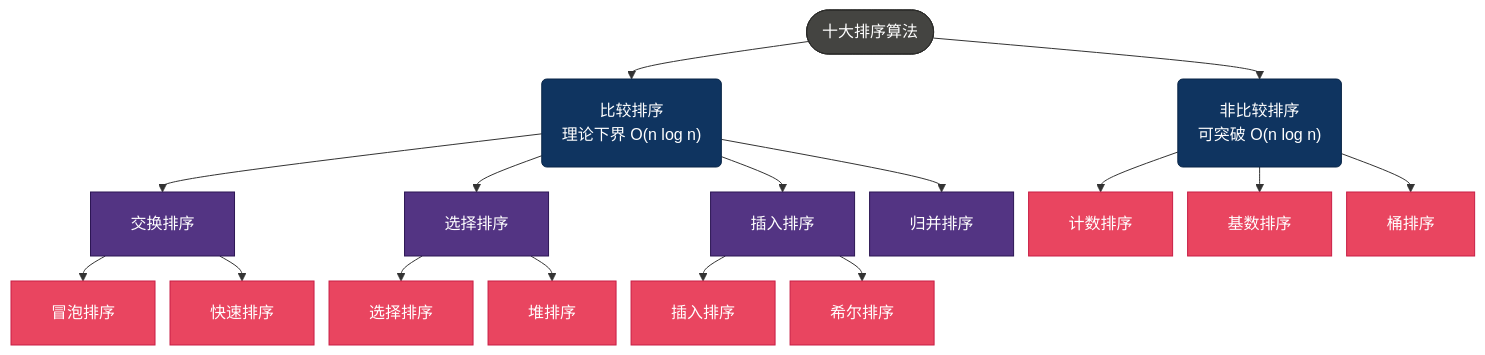
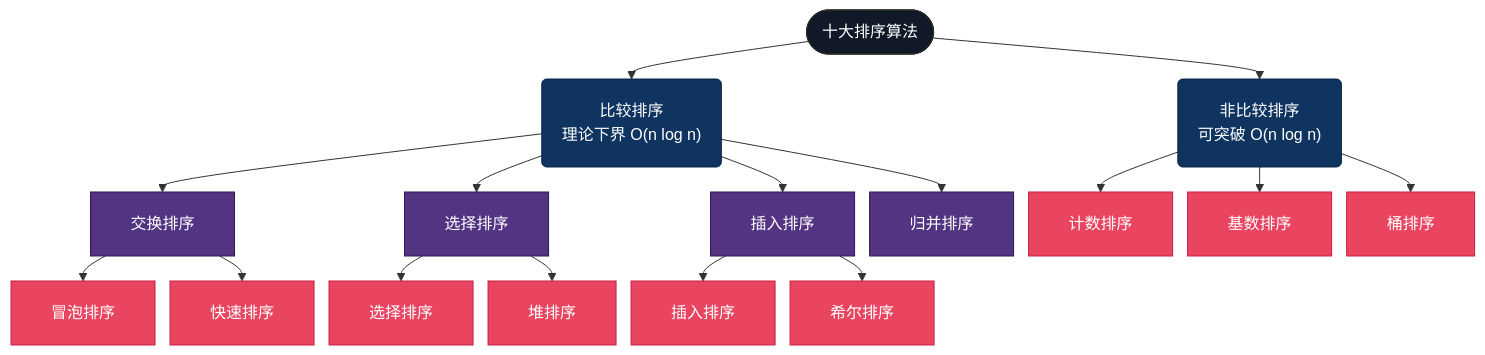
One commit to microwind/algorithms changed the second of 14 diagrams in sorting/AI-Era-Top-10-Sorting-Algorithms.md. Above: the diagram before and after it, drawn with Mermaid. The commit also changed other lines of this file and 36 other files, not shown here.

````diff
--- a/sorting/AI-Era-Top-10-Sorting-Algorithms.md
+++ b/sorting/AI-Era-Top-10-Sorting-Algorithms.md
@@ -74,33 +72,33 @@
 ```mermaid
 %%{init: {'flowchart': {'nodeSpacing': 15, 'rankSpacing': 25, 'padding': 20}}}%%
 graph TD
     ROOT(["十大排序算法"])
     ROOT --> CMP("比较排序\n理论下界 O(n log n)")
     ROOT --> NCMP("非比较排序\n可突破 O(n log n)")
 
     CMP --> SWAP["交换排序"]
     CMP --> SEL["选择排序"]
     CMP --> INS["插入排序"]
     CMP --> MRG["归并排序"]
 
     SWAP --> BUB["冒泡排序"]
     SWAP --> QCK["快速排序"]
     SEL --> SSEL["选择排序"]
     SEL --> HEAP["堆排序"]
     INS --> DINS["插入排序"]
     INS --> SHELL["希尔排序"]
 
     NCMP --> CNT["计数排序"]
     NCMP --> RDX["基数排序"]
     NCMP --> BKT["桶排序"]
 
-    classDef root fill:#444441,stroke:#2C2C2A,color:#fff
+    classDef root fill:#111827,stroke:#2C2C2A,color:#fff
     classDef cat fill:#0f3460,color:#fff,stroke:#0a2647
     classDef sub fill:#533483,color:#fff,stroke:#2c1654
     classDef leaf fill:#e94560,color:#fff,stroke:#c81e45
 
     class ROOT root
     class CMP,NCMP cat
     class SWAP,SEL,INS,MRG sub
     class BUB,QCK,SSEL,HEAP,DINS,SHELL,CNT,RDX,BKT leaf
 ```
````
